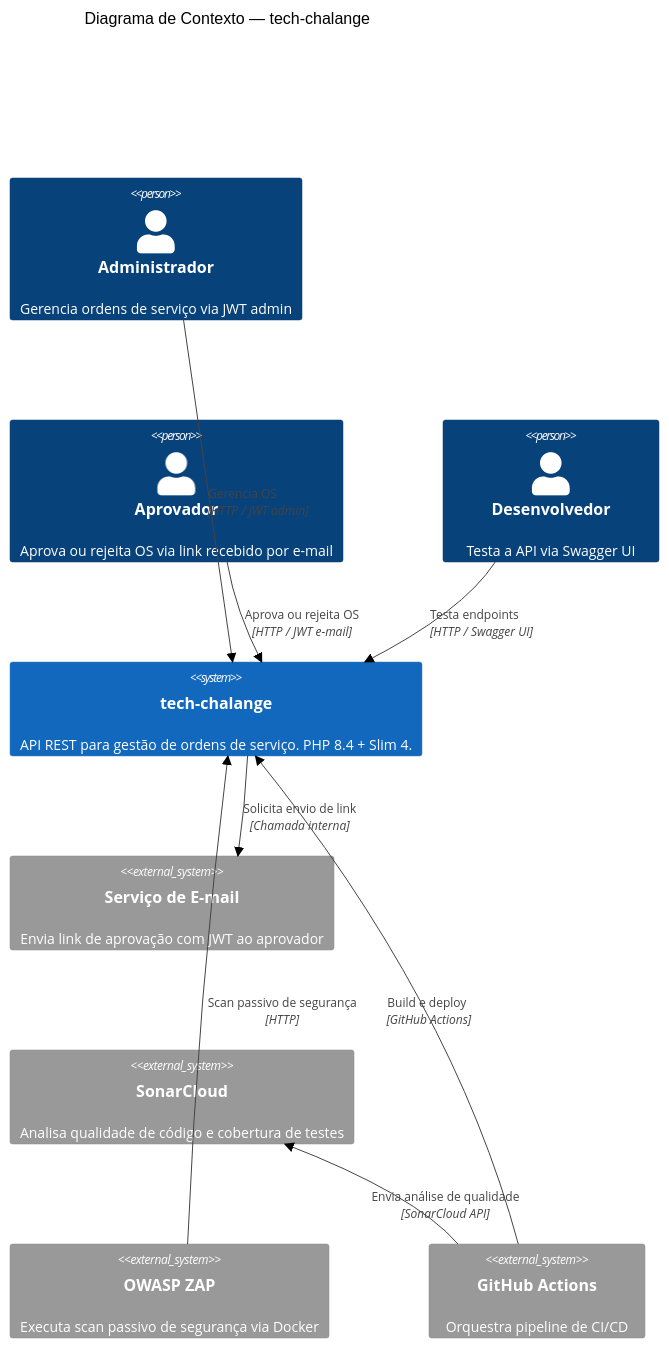
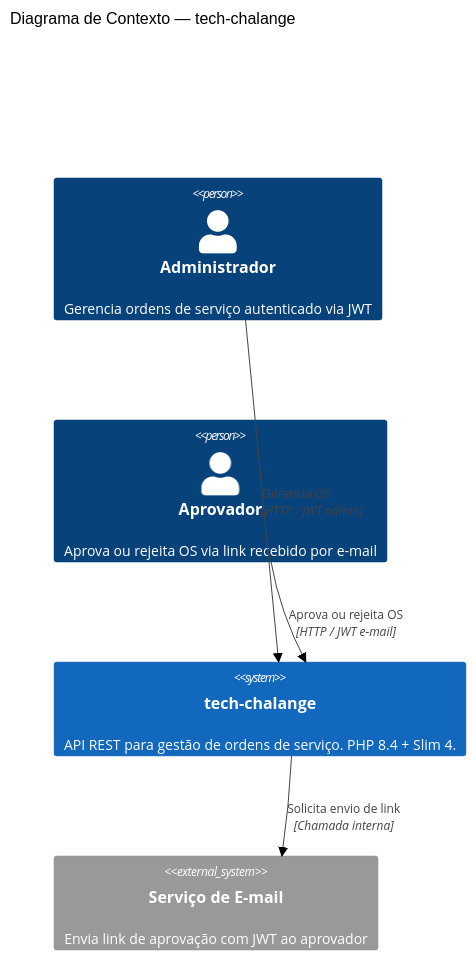
Before and after one commit to oesleik/tech-chalange: the first of 3 diagrams in docs/das/das.md, drawn with Mermaid (neutral theme). The commit also changed other lines of this file and 1 other file, not shown here.

````diff
--- a/docs/das/das.md
+++ b/docs/das/das.md
@@ -189,24 +189,15 @@
 ```mermaid
 C4Context
   title Diagrama de Contexto — tech-chalange
 
-  Person(admin, "Administrador", "Gerencia ordens de serviço via JWT admin")
+  Person(admin, "Administrador", "Gerencia ordens de serviço autenticado via JWT")
   Person(aprovador, "Aprovador", "Aprova ou rejeita OS via link recebido por e-mail")
-  Person(dev, "Desenvolvedor", "Testa a API via Swagger UI")
 
   System(api, "tech-chalange", "API REST para gestão de ordens de serviço. PHP 8.4 + Slim 4.")
 
   System_Ext(email, "Serviço de E-mail", "Envia link de aprovação com JWT ao aprovador")
-  System_Ext(sonar, "SonarCloud", "Analisa qualidade de código e cobertura de testes")
-  System_Ext(zap, "OWASP ZAP", "Executa scan passivo de segurança via Docker")
-  System_Ext(ci, "GitHub Actions", "Orquestra pipeline de CI/CD")
 
   Rel(admin, api, "Gerencia OS", "HTTP / JWT admin")
   Rel(aprovador, api, "Aprova ou rejeita OS", "HTTP / JWT e-mail")
-  Rel(dev, api, "Testa endpoints", "HTTP / Swagger UI")
-
   Rel(api, email, "Solicita envio de link", "Chamada interna")
-  Rel(ci, api, "Build e deploy", "GitHub Actions")
-  Rel(ci, sonar, "Envia análise de qualidade", "SonarCloud API")
-  Rel(zap, api, "Scan passivo de segurança", "HTTP")
 ```
````
